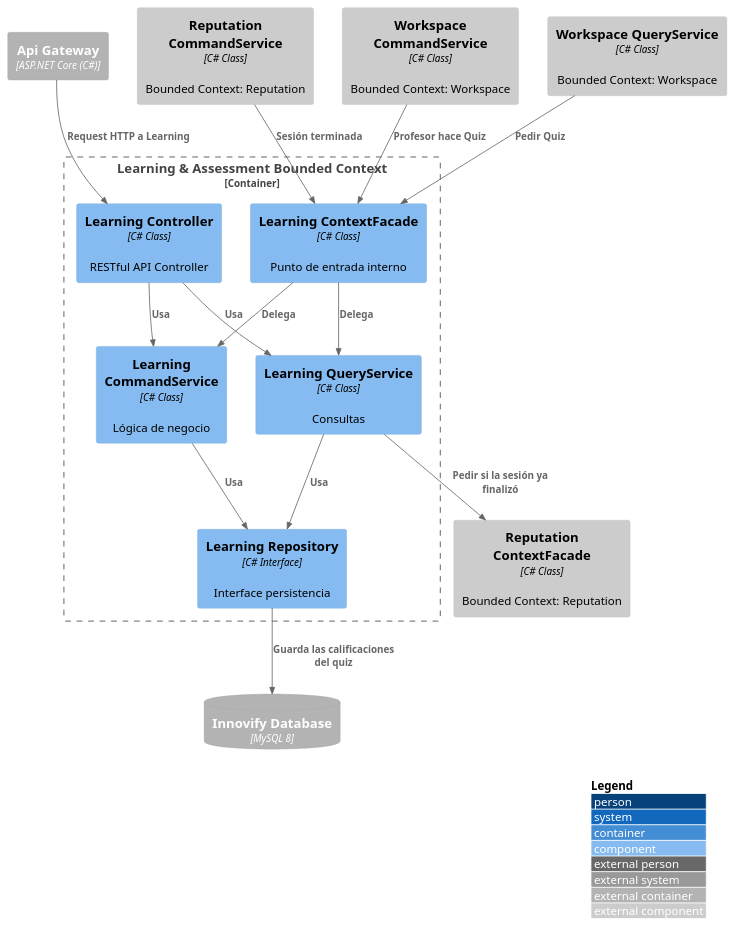
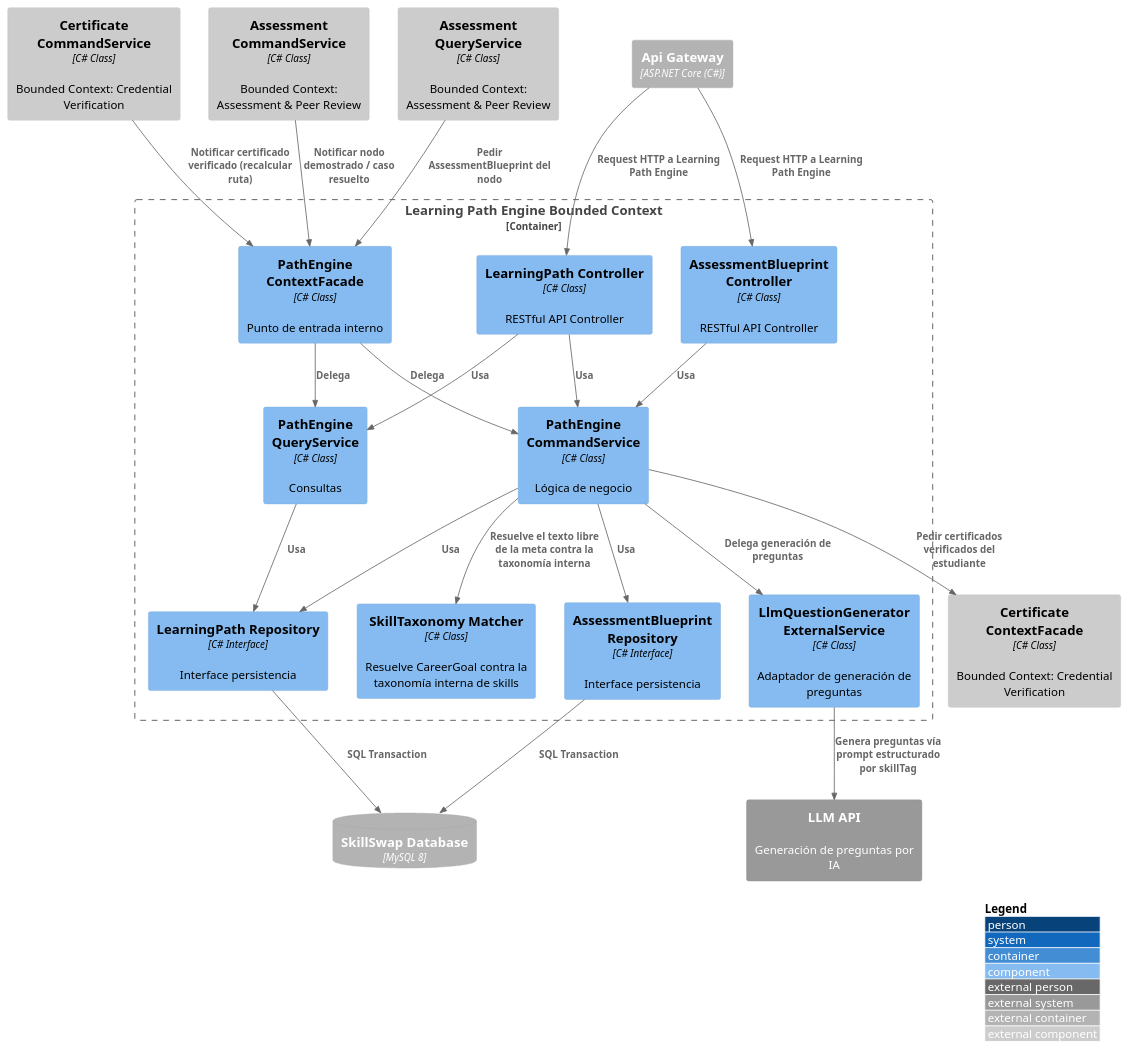
The diagram in DB&C4/Component Diagram — Learning & Assessment.puml (Aplicaciones-Dispositivos-Moviles/SkillSwap-ProjectReport), drawn with PlantUML before and after one commit. The commit also changed 23 other files, not shown here.

Commit message:
docs(chapter-2): add verification, learning, assessment and wallet bounded contexts

```diff
--- a/DB&C4/Component Diagram — Learning & Assessment.puml
+++ b/DB&C4/Component Diagram — Learning & Assessment.puml
@@ -1,37 +1,54 @@
-@startuml LearningComponent
+@startuml LearningPathEngineComponent
 !include https://raw.githubusercontent.com/plantuml-stdlib/C4-PlantUML/master/C4_Component.puml
 
 LAYOUT_WITH_LEGEND()
 
 Container_Ext(apiGateway, "Api Gateway", "ASP.NET Core (C#)")
-ContainerDb_Ext(mainDB, "Innovify Database", "MySQL 8")
+ContainerDb_Ext(mainDB, "SkillSwap Database", "MySQL 8")
+System_Ext(llmApi, "LLM API", "Generación de preguntas por IA")
 
-Container_Boundary(learningBC, "Learning & Assessment Bounded Context") {
-    Component(learningController, "Learning Controller", "C# Class", "RESTful API Controller")
-    Component(learningCommandService, "Learning CommandService", "C# Class", "Lógica de negocio")
-    Component(learningQueryService, "Learning QueryService", "C# Class", "Consultas")
-    Component(learningRepository, "Learning Repository", "C# Interface", "Interface persistencia")
-    Component(learningContextFacade, "Learning ContextFacade", "C# Class", "Punto de entrada interno")
+Container_Boundary(pathEngineBC, "Learning Path Engine Bounded Context") {
+    Component(learningPathController, "LearningPath Controller", "C# Class", "RESTful API Controller")
+    Component(assessmentBlueprintController, "AssessmentBlueprint Controller", "C# Class", "RESTful API Controller")
+    Component(pathEngineCommandService, "PathEngine CommandService", "C# Class", "Lógica de negocio")
+    Component(pathEngineQueryService, "PathEngine QueryService", "C# Class", "Consultas")
+    Component(skillTaxonomyMatcher, "SkillTaxonomy Matcher", "C# Class", "Resuelve CareerGoal contra la taxonomía interna de skills")
+    Component(learningPathRepository, "LearningPath Repository", "C# Interface", "Interface persistencia")
+    Component(assessmentBlueprintRepository, "AssessmentBlueprint Repository", "C# Interface", "Interface persistencia")
+    Component(llmGeneratorExternal, "LlmQuestionGenerator ExternalService", "C# Class", "Adaptador de generación de preguntas")
+    Component(pathEngineContextFacade, "PathEngine ContextFacade", "C# Class", "Punto de entrada interno")
 }
 
-Component_Ext(collaborationCommandService, "Workspace CommandService", "C# Class", "Bounded Context: Workspace")
-Component_Ext(collaborationQueryService, "Workspace QueryService", "C# Class", "Bounded Context: Workspace")
-Component_Ext(reputationContextFacade, "Reputation ContextFacade", "C# Class", "Bounded Context: Reputation")
-Component_Ext(reputationCommandService, "Reputation CommandService", "C# Class", "Bounded Context: Reputation")
+Component_Ext(credentialContextFacade, "Certificate ContextFacade", "C# Class", "Bounded Context: Credential Verification")
+Component_Ext(credentialCommandService, "Certificate CommandService", "C# Class", "Bounded Context: Credential Verification")
 
-Rel(apiGateway, learningController, "Request HTTP a Learning")
-Rel(learningController, learningCommandService, "Usa")
-Rel(learningController, learningQueryService, "Usa")
-Rel(learningCommandService, learningRepository, "Usa")
-Rel(learningQueryService, learningRepository, "Usa")
-Rel(learningRepository, mainDB, "Guarda las calificaciones del quiz")
+Component_Ext(assessmentQueryService, "Assessment QueryService", "C# Class", "Bounded Context: Assessment & Peer Review")
+Component_Ext(assessmentCommandService, "Assessment CommandService", "C# Class", "Bounded Context: Assessment & Peer Review")
 
-Rel(collaborationCommandService, learningContextFacade, "Profesor hace Quiz")
-Rel(collaborationQueryService, learningContextFacade, "Pedir Quiz")
-Rel(learningQueryService, reputationContextFacade, "Pedir si la sesión ya finalizó")
-Rel(reputationCommandService, learningContextFacade, "Sesión terminada")
+Rel(apiGateway, learningPathController, "Request HTTP a Learning Path Engine")
+Rel(apiGateway, assessmentBlueprintController, "Request HTTP a Learning Path Engine")
 
-Rel(learningContextFacade, learningCommandService, "Delega")
-Rel(learningContextFacade, learningQueryService, "Delega")
+Rel(learningPathController, pathEngineCommandService, "Usa")
+Rel(learningPathController, pathEngineQueryService, "Usa")
+Rel(assessmentBlueprintController, pathEngineCommandService, "Usa")
+
+Rel(pathEngineCommandService, learningPathRepository, "Usa")
+Rel(pathEngineCommandService, assessmentBlueprintRepository, "Usa")
+Rel(pathEngineQueryService, learningPathRepository, "Usa")
+Rel(learningPathRepository, mainDB, "SQL Transaction")
+Rel(assessmentBlueprintRepository, mainDB, "SQL Transaction")
+
+Rel(pathEngineCommandService, skillTaxonomyMatcher, "Resuelve el texto libre de la meta contra la taxonomía interna")
+Rel(pathEngineCommandService, llmGeneratorExternal, "Delega generación de preguntas")
+Rel(llmGeneratorExternal, llmApi, "Genera preguntas vía prompt estructurado por skillTag")
+
+Rel(pathEngineCommandService, credentialContextFacade, "Pedir certificados verificados del estudiante")
+
+Rel(pathEngineContextFacade, pathEngineCommandService, "Delega")
+Rel(pathEngineContextFacade, pathEngineQueryService, "Delega")
+
+Rel(credentialCommandService, pathEngineContextFacade, "Notificar certificado verificado (recalcular ruta)")
+Rel(assessmentQueryService, pathEngineContextFacade, "Pedir AssessmentBlueprint del nodo")
+Rel(assessmentCommandService, pathEngineContextFacade, "Notificar nodo demostrado / caso resuelto")
 
 @enduml
```
